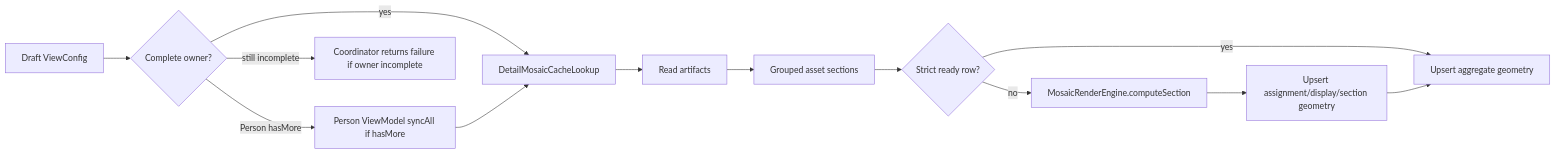
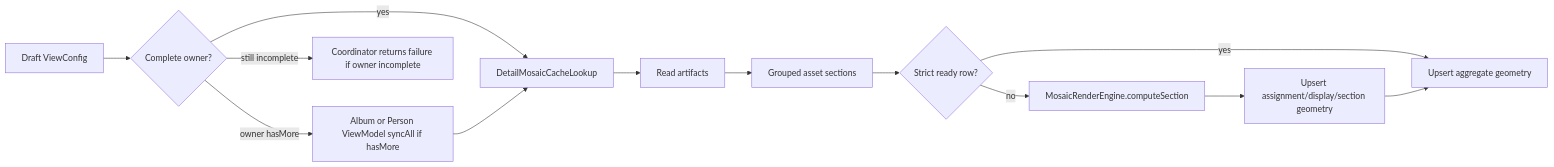
One commit to ch4ndu/ImmichGallery changed the sixth of 9 diagrams in docs/ai/album-person-detail.md. Above: the diagram before and after it, drawn with Mermaid. The commit also changed other lines of this file and 15 other files, not shown here.

````diff
--- a/docs/ai/album-person-detail.md
+++ b/docs/ai/album-person-detail.md
@@ -327,27 +321,27 @@
 ```mermaid
 flowchart LR
     Config[Draft ViewConfig]
     Complete{Complete owner?}
-    PersonSync[Person ViewModel syncAll if hasMore]
+    OwnerSync[Album or Person ViewModel syncAll if hasMore]
     Failure[Coordinator returns failure if owner incomplete]
     Lookup[DetailMosaicCacheLookup]
     Artifacts[Read artifacts]
     Groups[Grouped asset sections]
     Ready{Strict ready row?}
     Engine[MosaicRenderEngine.computeSection]
     Write[Upsert assignment/display/section geometry]
     Aggregate[Upsert aggregate geometry]
 
     Config --> Complete
-    Complete -- Person hasMore --> PersonSync
+    Complete -- owner hasMore --> OwnerSync
     Complete -- still incomplete --> Failure
     Complete -- yes --> Lookup
-    PersonSync --> Lookup
+    OwnerSync --> Lookup
     Lookup --> Artifacts
     Artifacts --> Groups
     Groups --> Ready
     Ready -- yes --> Aggregate
     Ready -- no --> Engine
     Engine --> Write
     Write --> Aggregate
 ```
````
